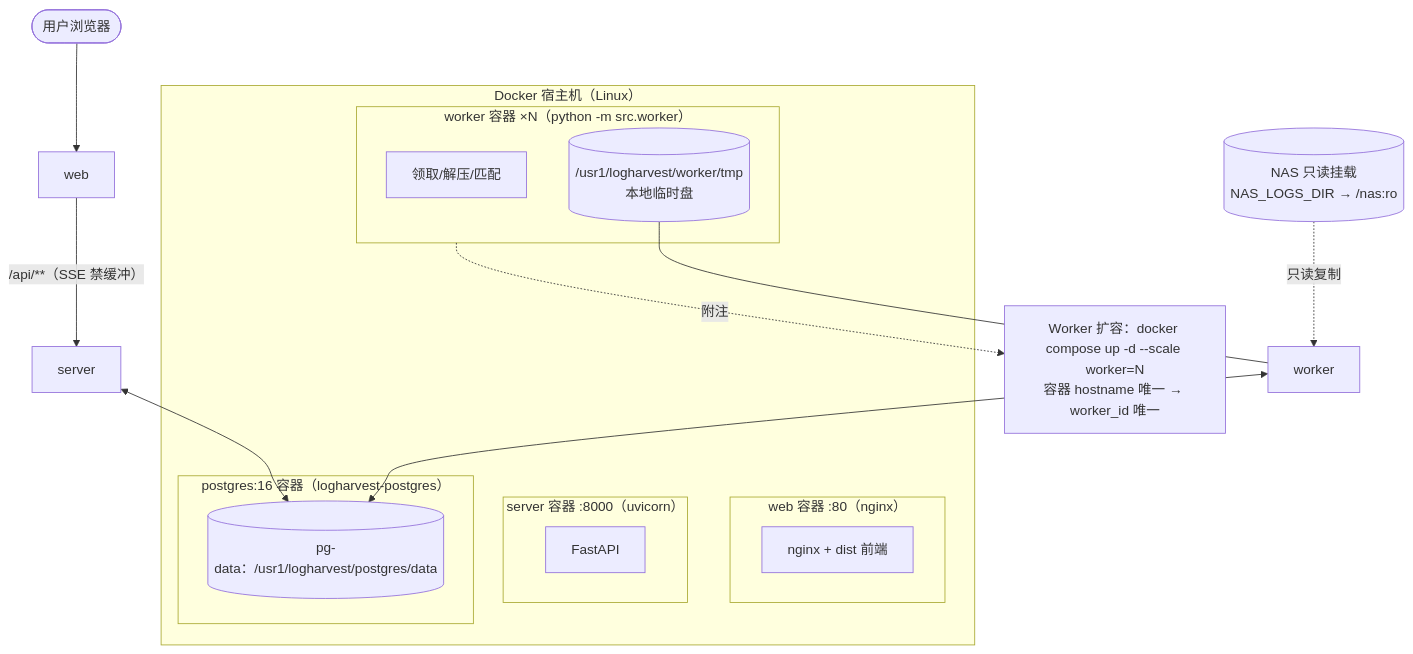
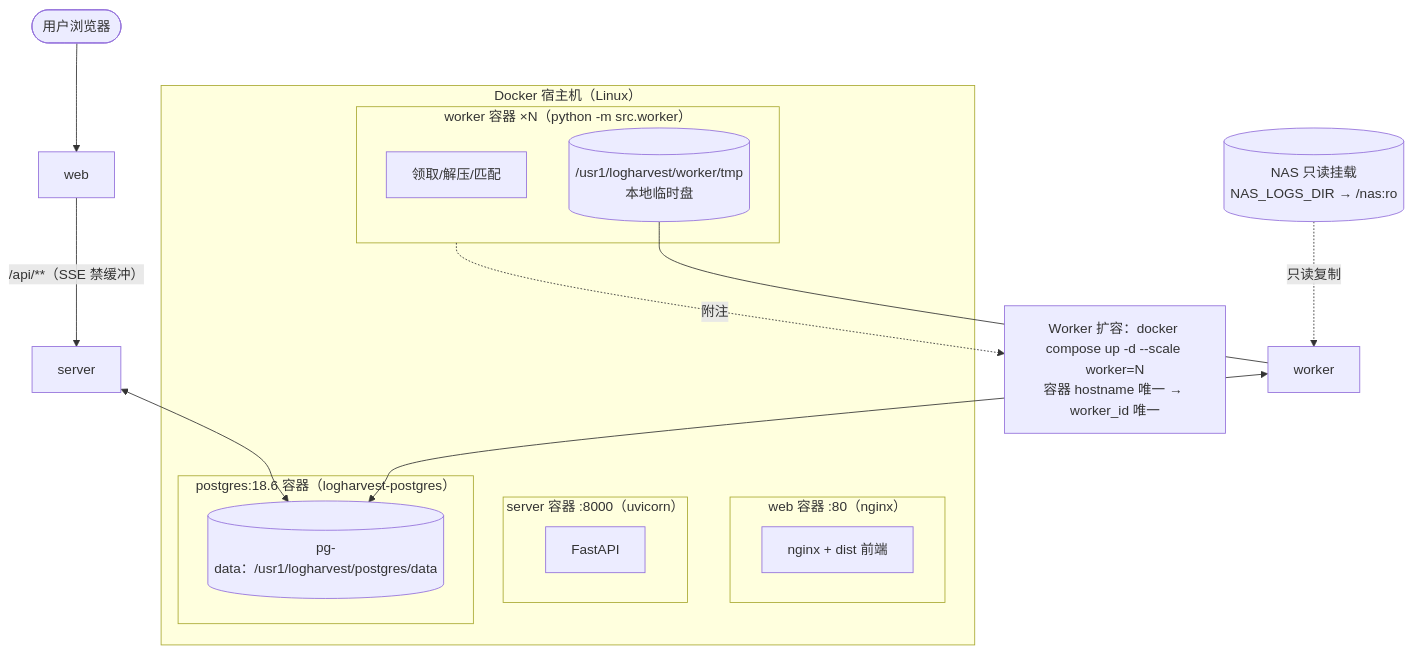
Before and after one commit to taoweidong/logharvest: the diagram in docs/deployment-docker.md, drawn with Mermaid. The commit also changed other lines of this file and 20 other files, not shown here.

````diff
--- a/docs/deployment-docker.md
+++ b/docs/deployment-docker.md
@@ -17,29 +17,29 @@
 ```mermaid
 flowchart TB
     browser(["用户浏览器"])
     subgraph HOST["Docker 宿主机（Linux）"]
         subgraph WEB["web 容器 :80（nginx）"]
             nginx["nginx + dist 前端"]
         end
         subgraph SERVER["server 容器 :8000（uvicorn）"]
             app["FastAPI"]
         end
         subgraph WORKER["worker 容器 ×N（python -m src.worker）"]
             wproc["领取/解压/匹配"]
             tmp[("/usr1/logharvest/worker/tmp<br/>本地临时盘")]
         end
-        subgraph PGC["postgres:16 容器（logharvest-postgres）"]
+        subgraph PGC["postgres:18.6 容器（logharvest-postgres）"]
             pg[("pg-data：/usr1/logharvest/postgres/data")]
         end
     end
     nas[("NAS 只读挂载<br/>NAS_LOGS_DIR → /nas:ro")]
 
     browser --> web
     web -->|"/api/**（SSE 禁缓冲）"| server
     server <--> pg
     worker <--> pg
     nas -.只读复制.-> worker
     tmp --- worker
     note1["Worker 扩容：docker compose up -d --scale worker=N<br/>容器 hostname 唯一 → worker_id 唯一"]
     WORKER -.附注.-> note1
 ```
````
